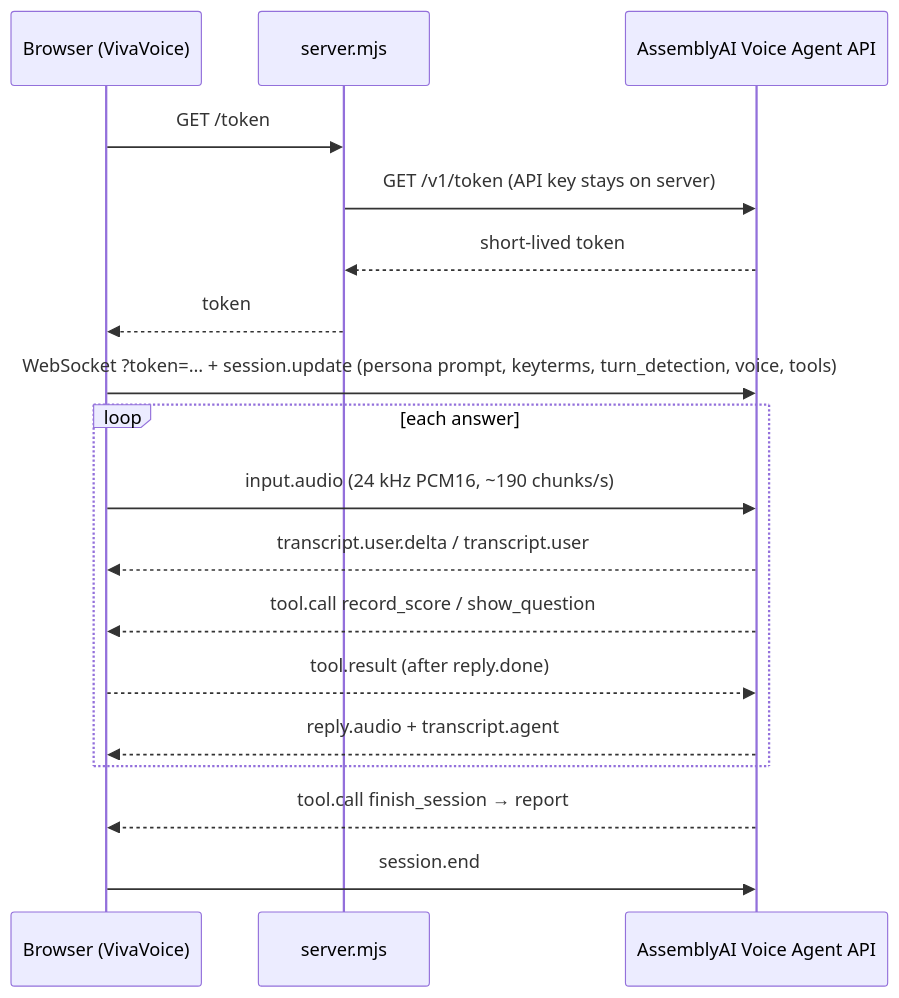
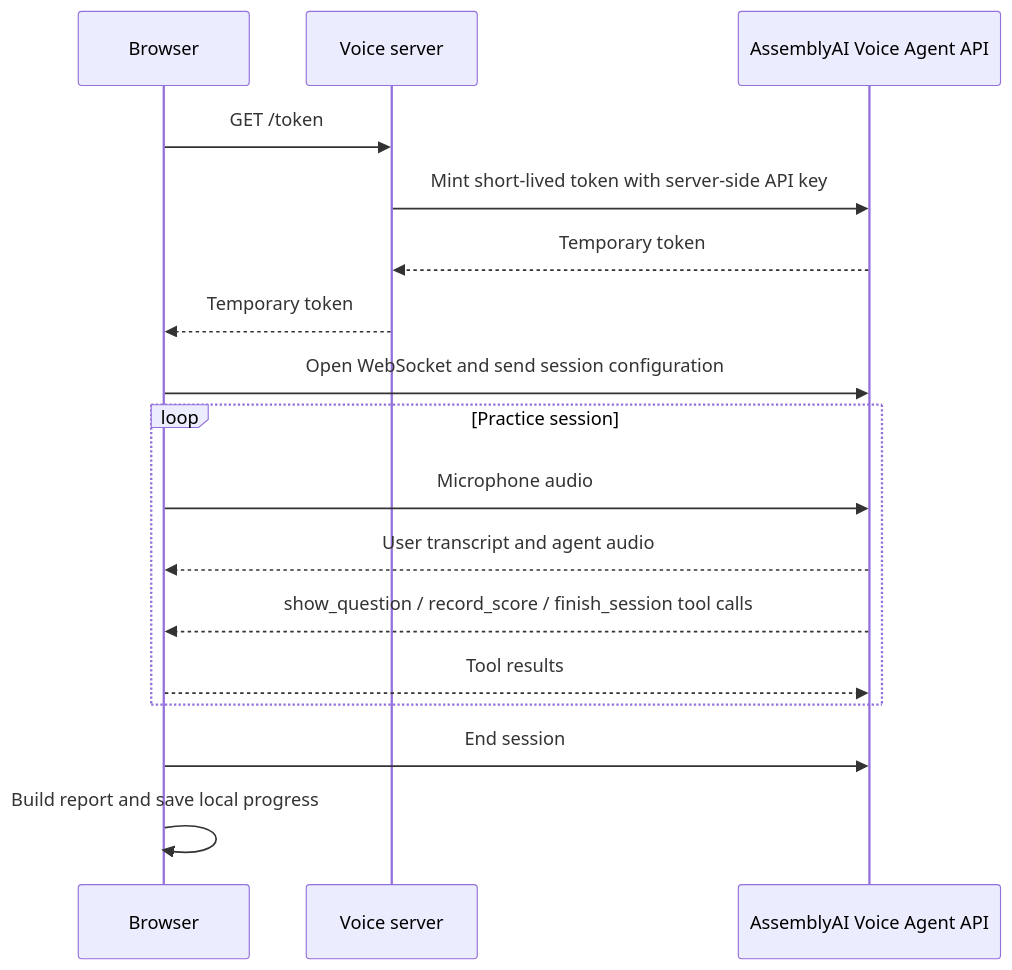
One commit to akolobulus/Voice changed the diagram in README.md. Above: the diagram before and after it, drawn with Mermaid. The commit also changed other lines of this file, not shown here.

````diff
--- a/README.md
+++ b/README.md
@@ -75,20 +91,19 @@
 ```mermaid
 sequenceDiagram
-    participant B as Browser (VivaVoice)
-    participant S as server.mjs
+    participant B as Browser
+    participant S as Voice server
     participant A as AssemblyAI Voice Agent API
     B->>S: GET /token
-    S->>A: GET /v1/token (API key stays on server)
-    A-->>S: short-lived token
-    S-->>B: token
-    B->>A: WebSocket ?token=… + session.update (persona prompt, keyterms, turn_detection, voice, tools)
-    loop each answer
-        B->>A: input.audio (24 kHz PCM16, ~190 chunks/s)
-        A-->>B: transcript.user.delta / transcript.user
-        A-->>B: tool.call record_score / show_question
-        B-->>A: tool.result (after reply.done)
-        A-->>B: reply.audio + transcript.agent
+    S->>A: Mint short-lived token with server-side API key
+    A-->>S: Temporary token
+    S-->>B: Temporary token
+    B->>A: Open WebSocket and send session configuration
+    loop Practice session
+        B->>A: Microphone audio
+        A-->>B: User transcript and agent audio
+        A-->>B: show_question / record_score / finish_session tool calls
+        B-->>A: Tool results
     end
-    A-->>B: tool.call finish_session → report
-    B->>A: session.end
+    B->>A: End session
+    B->>B: Build report and save local progress
 ```
````
